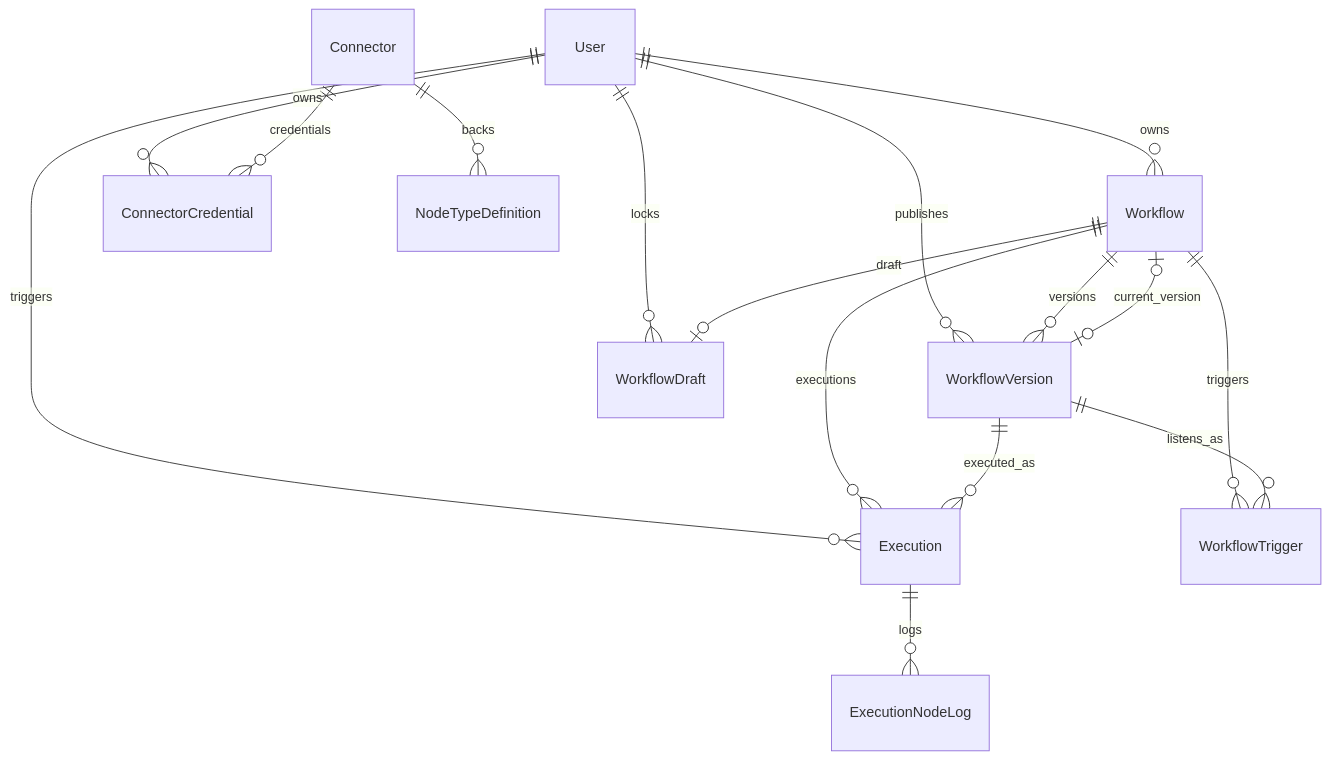
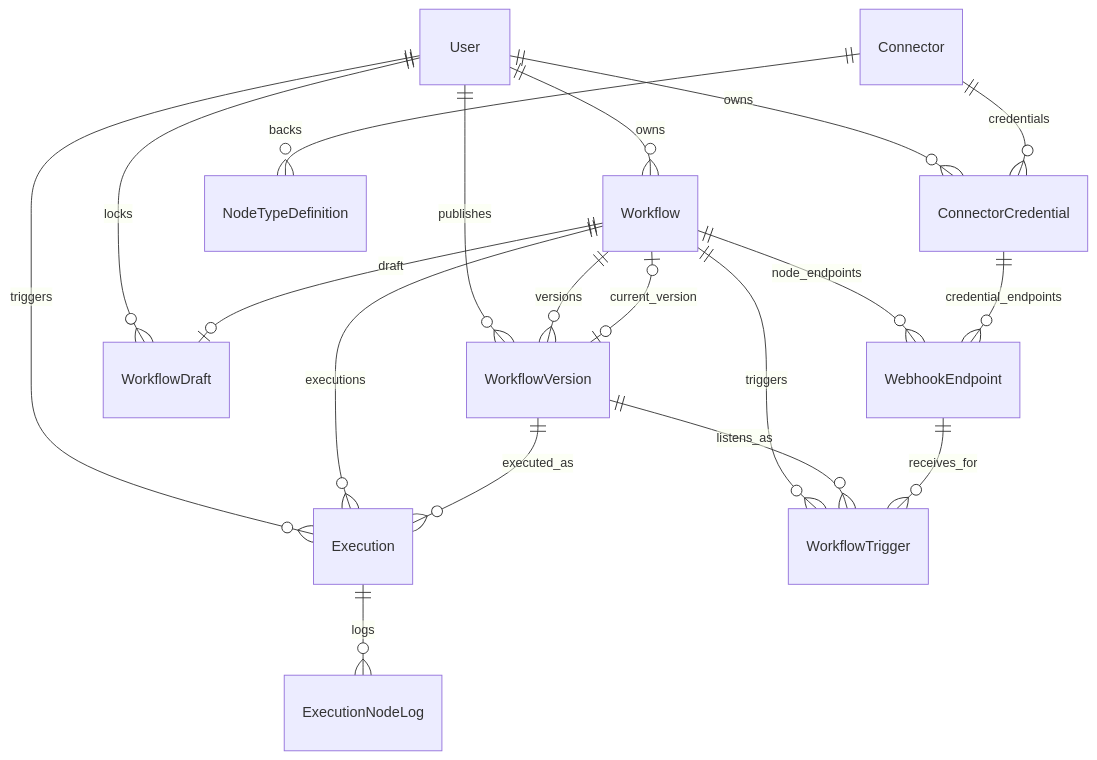
One commit to Kaiettt/workflow-automation changed the diagram in docs/schema/schema.md. Above: the diagram before and after it, drawn with Mermaid. The commit also changed other lines of this file and 126 other files, not shown here.

````diff
--- a/docs/schema/schema.md
+++ b/docs/schema/schema.md
@@ -26,20 +26,23 @@
 ```mermaid
 erDiagram
     User ||--o{ Workflow : owns
     User ||--o{ WorkflowVersion : publishes
     User ||--o{ WorkflowDraft : locks
     User ||--o{ ConnectorCredential : owns
     User ||--o{ Execution : triggers
 
     Workflow ||--o| WorkflowDraft : draft
     Workflow ||--o{ WorkflowVersion : versions
     Workflow o|--o| WorkflowVersion : current_version
     Workflow ||--o{ Execution : executions
     WorkflowVersion ||--o{ Execution : executed_as
     Workflow ||--o{ WorkflowTrigger : triggers
     WorkflowVersion ||--o{ WorkflowTrigger : listens_as
+    WebhookEndpoint ||--o{ WorkflowTrigger : receives_for
+    Workflow ||--o{ WebhookEndpoint : node_endpoints
+    ConnectorCredential ||--o{ WebhookEndpoint : credential_endpoints
 
     Connector ||--o{ NodeTypeDefinition : backs
     Connector ||--o{ ConnectorCredential : credentials
     Execution ||--o{ ExecutionNodeLog : logs
 ```
````
